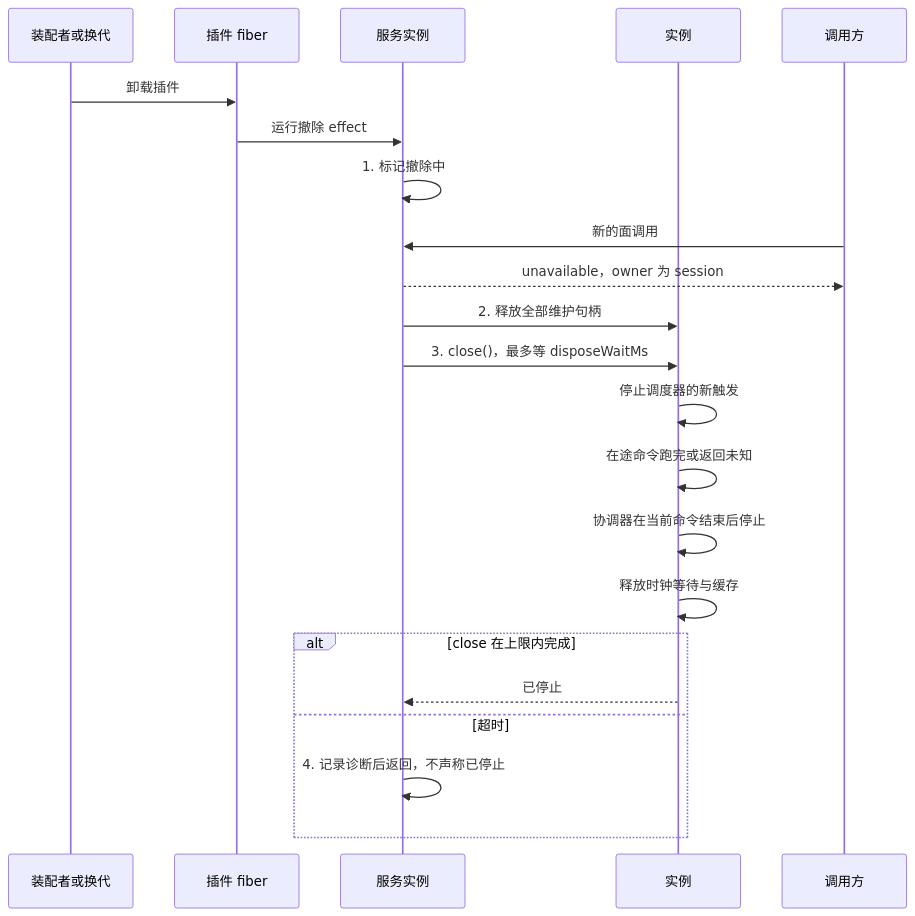
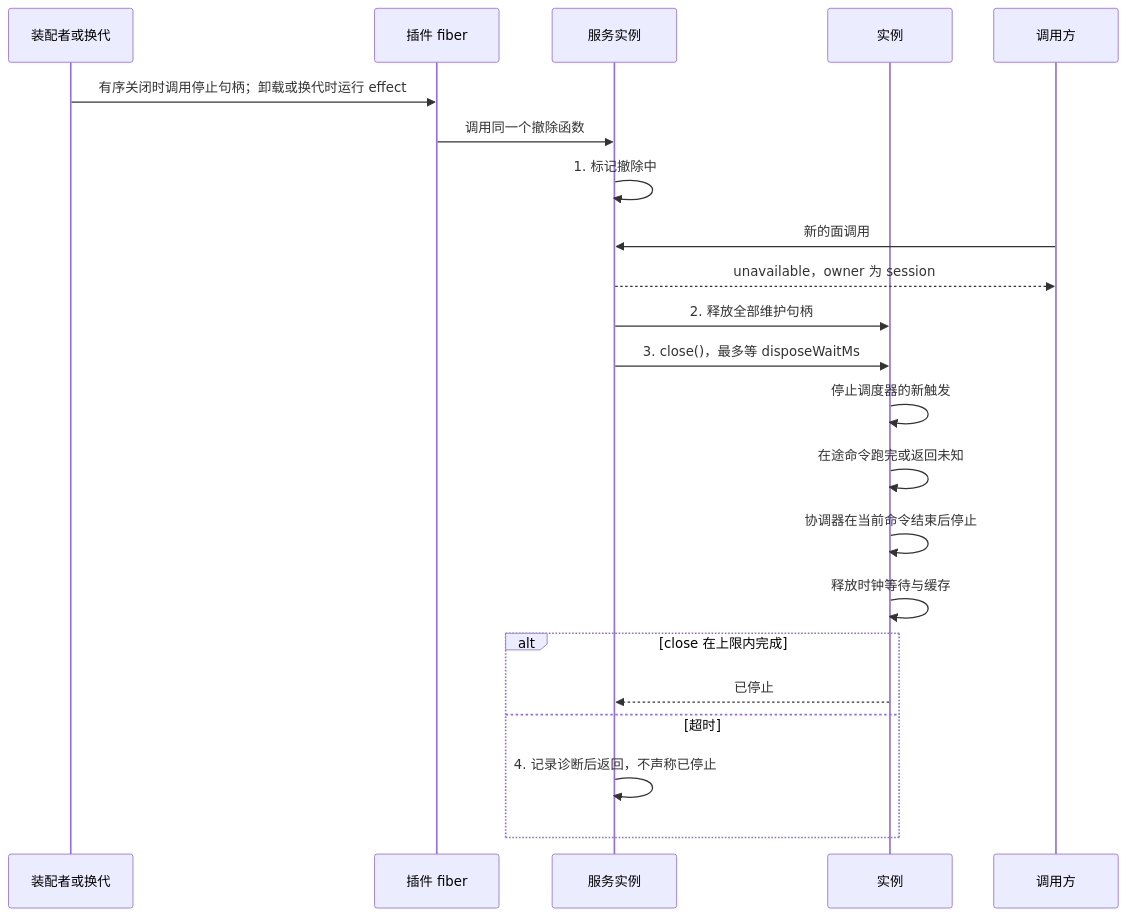
Before and after one commit to nemori-ai/omne-harness-lite: the third of 4 diagrams in packages/session/session-cordis/docs/flows.md, drawn with Mermaid. The commit also changed other lines of this file and 7 other files, not shown here.

````diff
--- a/packages/session/session-cordis/docs/flows.md
+++ b/packages/session/session-cordis/docs/flows.md
@@ -90,24 +90,24 @@
 ```mermaid
 sequenceDiagram
   participant A as 装配者或换代
   participant F as 插件 fiber
   participant S as 服务实例
   participant I as 实例
   participant C as 调用方
-  A->>F: 卸载插件
-  F->>S: 运行撤除 effect
+  A->>F: 有序关闭时调用停止句柄；卸载或换代时运行 effect
+  F->>S: 调用同一个撤除函数
   S->>S: 1. 标记撤除中
   C->>S: 新的面调用
   S-->>C: unavailable，owner 为 session
   S->>I: 2. 释放全部维护句柄
   S->>I: 3. close()，最多等 disposeWaitMs
   I->>I: 停止调度器的新触发
   I->>I: 在途命令跑完或返回未知
   I->>I: 协调器在当前命令结束后停止
   I->>I: 释放时钟等待与缓存
   alt close 在上限内完成
     I-->>S: 已停止
   else 超时
     S->>S: 4. 记录诊断后返回，不声称已停止
   end
 ```
````
